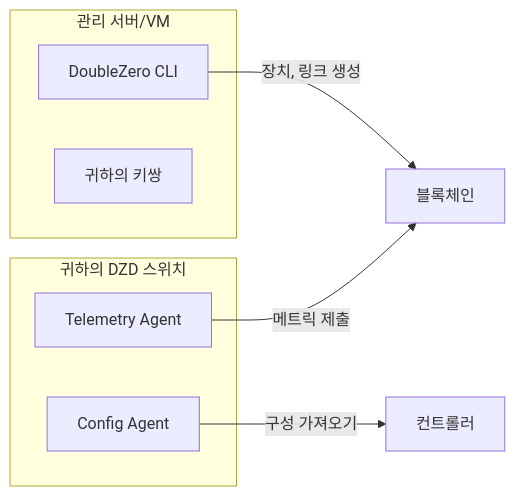
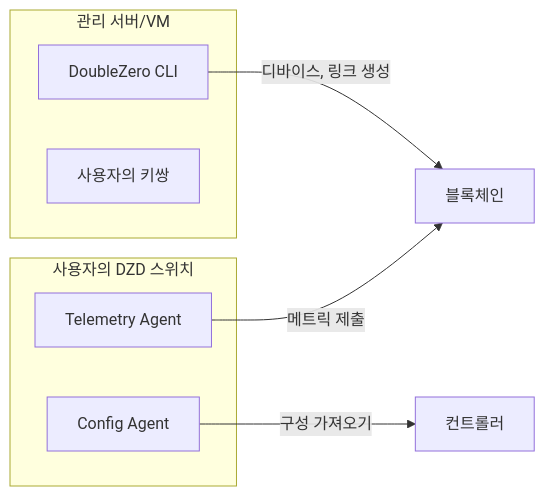
Before and after one commit to malbeclabs/docs: the third of 13 diagrams in docs/contribute-provisioning.ko.md, drawn with Mermaid. The commit also changed other lines of this file and 160 other files, not shown here.

````diff
--- a/docs/contribute-provisioning.ko.md
+++ b/docs/contribute-provisioning.ko.md
@@ -134,16 +173,16 @@
     ```mermaid
     flowchart LR
         subgraph "관리 서버/VM"
             CLI[DoubleZero CLI]
-            KEYS[귀하의 키쌍]
+            KEYS[사용자의 키쌍]
         end
 
-        subgraph "귀하의 DZD 스위치"
+        subgraph "사용자의 DZD 스위치"
             CA[Config Agent]
             TA[Telemetry Agent]
         end
 
-        CLI -->|장치, 링크 생성| BC[블록체인]
+        CLI -->|디바이스, 링크 생성| BC[블록체인]
         CA -->|구성 가져오기| CTRL[컨트롤러]
         TA -->|메트릭 제출| BC
     ```
````
